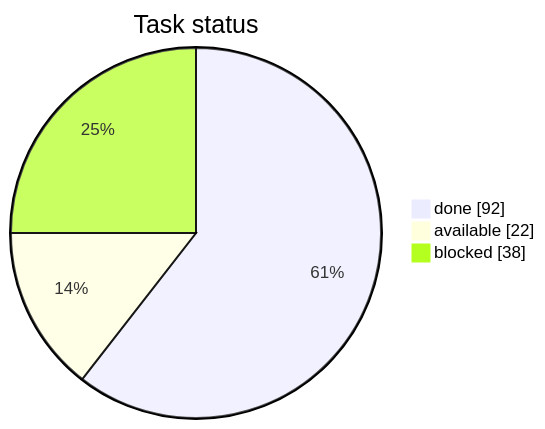
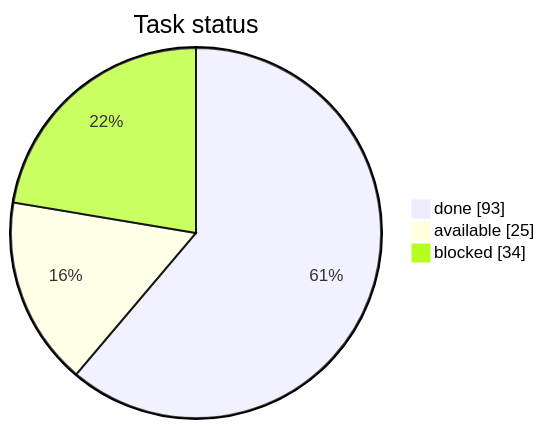
One commit to artemiiShabanov/RallyRivals changed the first of 3 diagrams in STATUS.md. Above: the diagram before and after it, drawn with Mermaid. The commit also changed other lines of this file and 10 other files, not shown here.

````diff
--- a/STATUS.md
+++ b/STATUS.md
@@ -7,7 +7,7 @@
 ```mermaid
 pie showData
     title Task status
-    "done" : 92
-    "available" : 22
-    "blocked" : 38
+    "done" : 93
+    "available" : 25
+    "blocked" : 34
 ```
````
